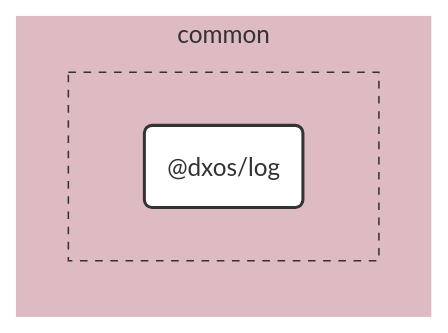
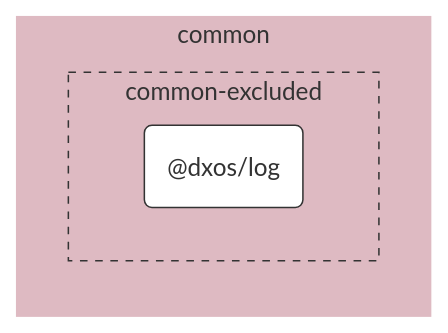
One commit to dxos/dxos changed the diagram in packages/common/log/docs/README.md. Above: the diagram before and after it, drawn with Mermaid. The commit also changed 683 other files, not shown here.

````diff
--- a/packages/common/log/docs/README.md
+++ b/packages/common/log/docs/README.md
@@ -7,30 +7,24 @@
 ```mermaid
 %%{ init: {'flowchart':{'curve':'basis'}} }%%
 
 flowchart LR
 
-%% Links
+%% Classes
+classDef def fill:#fff,stroke:#333,stroke-width:1px
+classDef root fill:#fff,stroke:#333,stroke-width:4px
 
-%% Sections
-subgraph common
-  style common fill:#debac2,stroke:#fff;
+%% Nodes
 
+subgraph common [common]
+  style common fill:#debac2,stroke:#fff
 
-  subgraph common-excluded [ ]
-    style common-excluded fill:#debac2,stroke:#333,stroke-dasharray:5 5;
-
-    dxos/log("@dxos/log")
+  subgraph common-excluded [common-excluded]
+    style common-excluded fill:#debac2,stroke:#333,stroke-dasharray:5 5
+    dxos/log("@dxos/log"):::def
+    click dxos/log "dxos/dxos/tree/main/packages/common/log/docs"
   end
 end
 
-
-%% Hyperlinks
-
-%% Styles
-classDef rootNode fill:#fff,stroke:#333,stroke-width:2px
-classDef defaultNode fill:#fff,stroke:#333,stroke-width:1px
+%% Links
 linkStyle default stroke:#333,stroke-width:1px
-
-dxos/log:::rootNode
-
 ```
````
